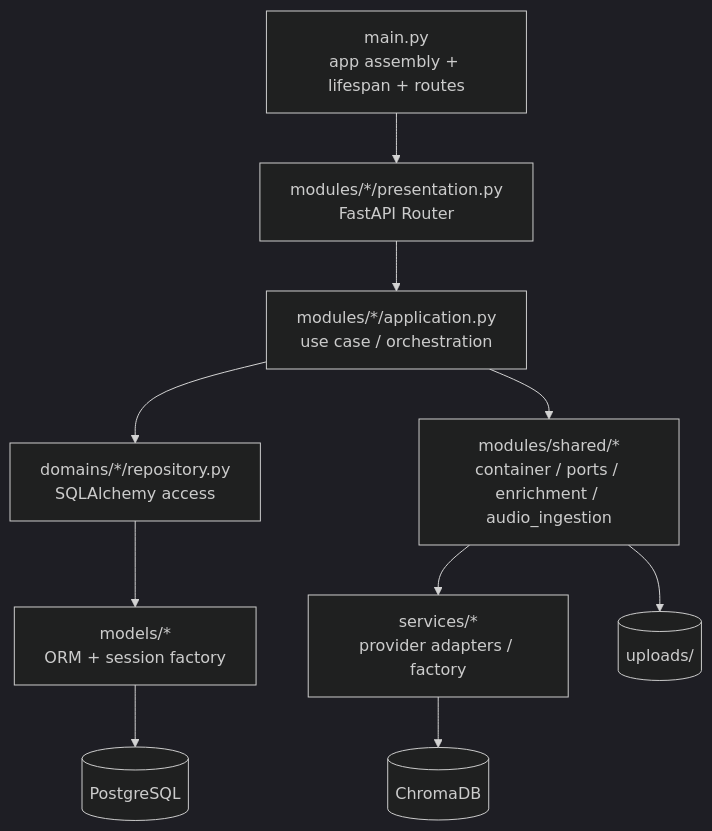
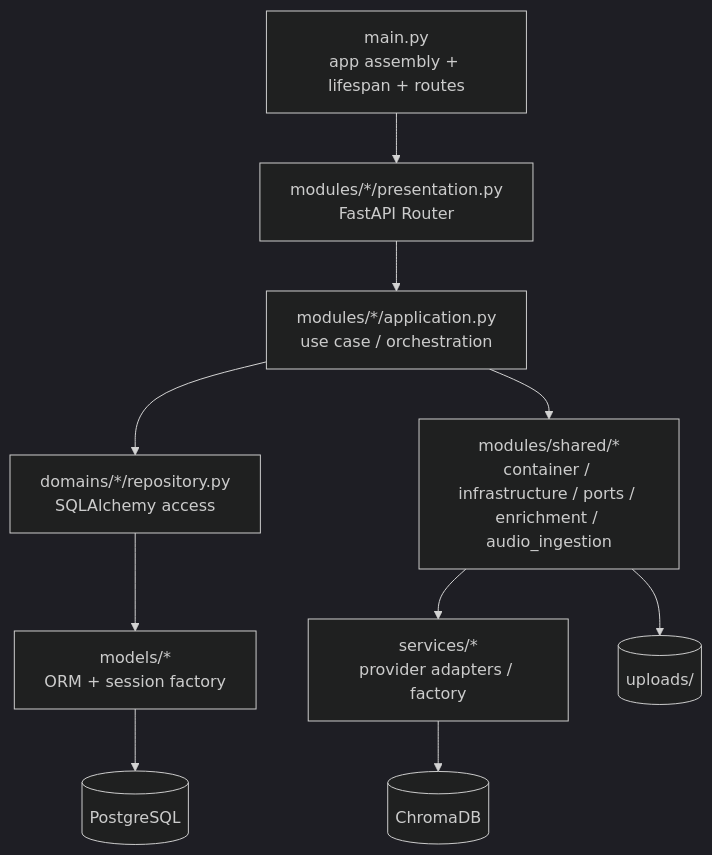
The third of 9 diagrams in memory-bank/architecture.md (YCZA2/SparkFlow), drawn with Mermaid (dark theme) before and after one commit. The commit also changed other lines of this file and 14 other files, not shown here.

````diff
--- a/memory-bank/architecture.md
+++ b/memory-bank/architecture.md
@@ -116,23 +116,23 @@
 ```mermaid
 flowchart TD
     MAIN["main.py<br/>app assembly + lifespan + routes"]
     PRE["modules/*/presentation.py<br/>FastAPI Router"]
     APP["modules/*/application.py<br/>use case / orchestration"]
-    SHARED["modules/shared/*<br/>container / ports / enrichment / audio_ingestion"]
+    SHARED["modules/shared/*<br/>container / infrastructure / ports / enrichment / audio_ingestion"]
     REPO["domains/*/repository.py<br/>SQLAlchemy access"]
     MODEL["models/*<br/>ORM + session factory"]
     PROVIDER["services/*<br/>provider adapters / factory"]
     DB[("PostgreSQL")]
     UP[("uploads/")]
     VDB[("ChromaDB")]
 
     MAIN --> PRE
     PRE --> APP
     APP --> REPO
     APP --> SHARED
     SHARED --> PROVIDER
     REPO --> MODEL
     MODEL --> DB
     SHARED --> UP
     PROVIDER --> VDB
 ```
````
